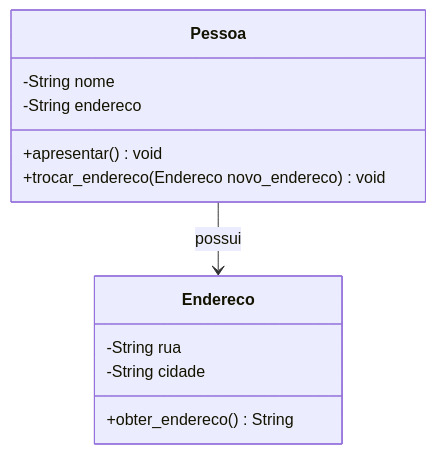
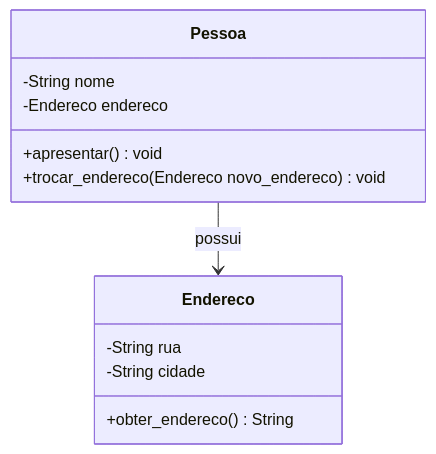
One commit to dev-alexmachado/guia_rapido_python changed the sixth of 9 diagrams in parte05/orientacao_a_objetos.md. Above: the diagram before and after it, drawn with Mermaid.

Commit message:
Fixed: diagrama de classes nas relações.

```diff
--- a/parte05/orientacao_a_objetos.md
+++ b/parte05/orientacao_a_objetos.md
@@ -493,16 +493,16 @@
 ~~~mermaid
 classDiagram
     class Endereco {
         -String rua
         -String cidade
         +obter_endereco() String
     }
     class Pessoa {
         -String nome
-        -String endereco
+        -Endereco endereco
         +apresentar() void
         +trocar_endereco(Endereco novo_endereco) void
     }
 
     Pessoa --> Endereco : possui
 ~~~
```
